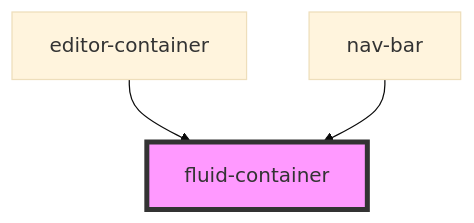
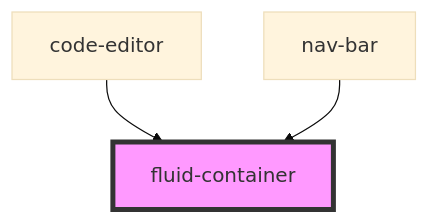
The diagram in src/components/fluid-container/readme.md (techvariable/NeptuneConnectComponents), drawn with Mermaid (base theme) before and after one commit. The commit also changed other lines of this file and 10 other files, not shown here.

````diff
--- a/src/components/fluid-container/readme.md
+++ b/src/components/fluid-container/readme.md
@@ -23,6 +23,6 @@
 ```mermaid
 graph TD;
-  editor-container --> fluid-container
+  code-editor --> fluid-container
   nav-bar --> fluid-container
   style fluid-container fill:#f9f,stroke:#333,stroke-width:4px
 ```
````
